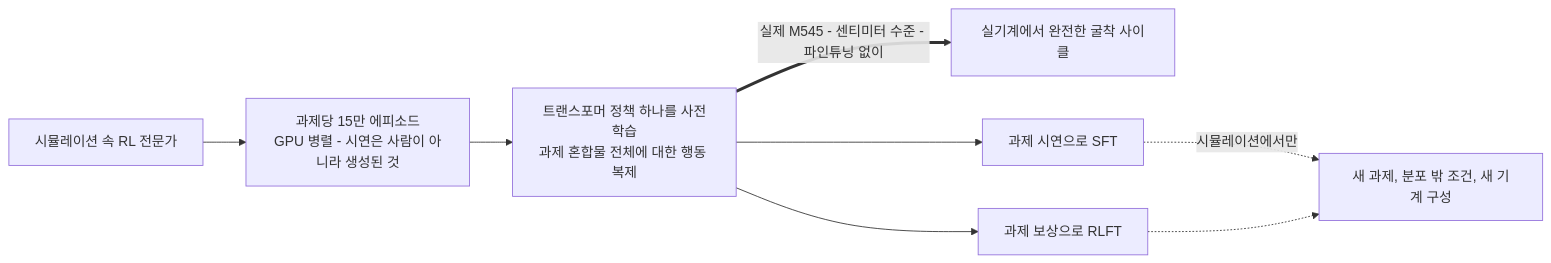
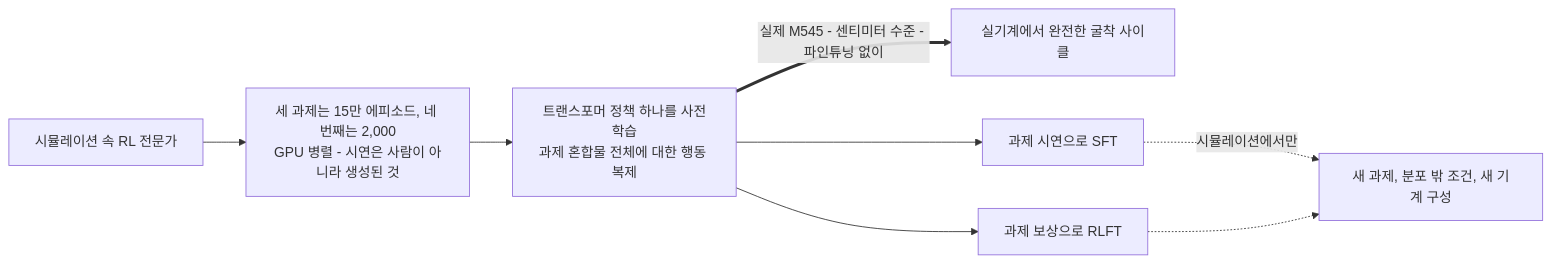
The second of 2 diagrams in content/01-canonical-papers/notes/8-construction/ext.md (jiseop-byeon/phd-wiki), drawn with Mermaid before and after one commit. The commit also changed other lines of this file and 22 other files, not shown here.

````diff
--- a/content/01-canonical-papers/notes/8-construction/ext.md
+++ b/content/01-canonical-papers/notes/8-construction/ext.md
@@ -135,10 +136,10 @@
 ```mermaid
 flowchart LR
-    RL["시뮬레이션 속 RL 전문가"] --> D["과제당 15만 에피소드<br/>GPU 병렬 - 시연은 사람이 아니라 생성된 것"]
+    RL["시뮬레이션 속 RL 전문가"] --> D["세 과제는 15만 에피소드, 네 번째는 2,000<br/>GPU 병렬 - 시연은 사람이 아니라 생성된 것"]
     D --> PT["트랜스포머 정책 하나를 사전학습<br/>과제 혼합물 전체에 대한 행동 복제"]
     PT ==>|"실제 M545 - 센티미터 수준 - 파인튜닝 없이"| REAL["실기계에서 완전한 굴착 사이클"]
     PT --> SFT["과제 시연으로 SFT"]
     PT --> RLFT["과제 보상으로 RLFT"]
     SFT -.->|"시뮬레이션에서만"| SIM["새 과제, 분포 밖 조건, 새 기계 구성"]
     RLFT -.-> SIM
 ```
````
